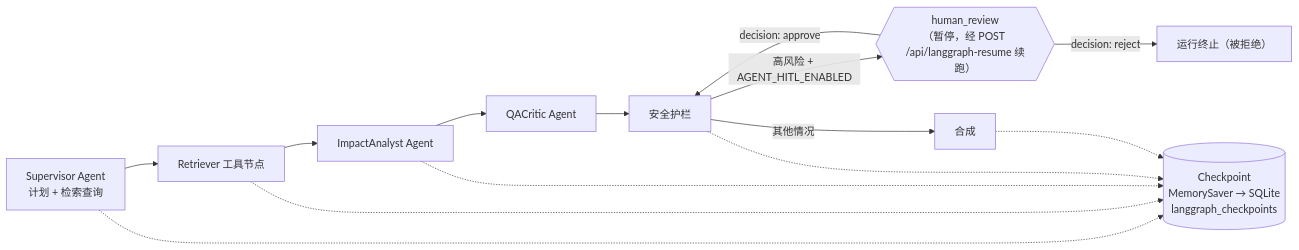
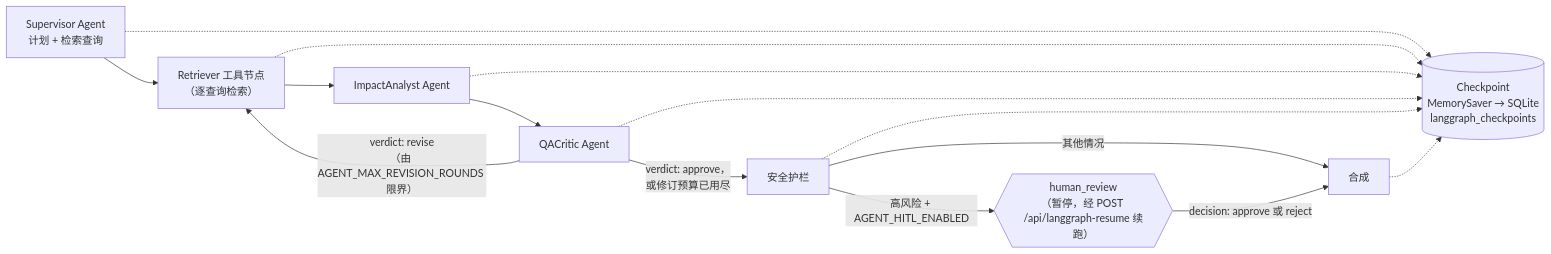
One commit to yuk1no4090/Repomentor changed the second of 2 diagrams in README.zh-CN.md. Above: the diagram before and after it, drawn with Mermaid. The commit also changed other lines of this file and 7 other files, not shown here.

````diff
--- a/README.zh-CN.md
+++ b/README.zh-CN.md
@@ -75,18 +75,19 @@
 ```mermaid
 flowchart LR
-    Supervisor["Supervisor Agent<br/>计划 + 检索查询"] --> Retrieve["Retriever 工具节点"]
+    Supervisor["Supervisor Agent<br/>计划 + 检索查询"] --> Retrieve["Retriever 工具节点<br/>（逐查询检索）"]
     Retrieve --> Impact["ImpactAnalyst Agent"]
     Impact --> Critic["QACritic Agent"]
-    Critic --> Guardrails["安全护栏"]
+    Critic -->|"verdict: revise<br/>（由 AGENT_MAX_REVISION_ROUNDS 限界）"| Retrieve
+    Critic -->|"verdict: approve，<br/>或修订预算已用尽"| Guardrails["安全护栏"]
     Guardrails -->|"高风险 + AGENT_HITL_ENABLED"| HITL{{"human_review<br/>（暂停，经 POST /api/langgraph-resume 续跑）"}}
     Guardrails -->|"其他情况"| Synthesize["合成"]
-    HITL -->|"decision: approve"| Guardrails
-    HITL -->|"decision: reject"| Stop["运行终止（被拒绝）"]
+    HITL -->|"decision: approve 或 reject"| Synthesize
 
     CP[("Checkpoint<br/>MemorySaver → SQLite<br/>langgraph_checkpoints")]
     Supervisor -.-> CP
     Retrieve -.-> CP
     Impact -.-> CP
+    Critic -.-> CP
     Guardrails -.-> CP
     Synthesize -.-> CP
 ```
````
